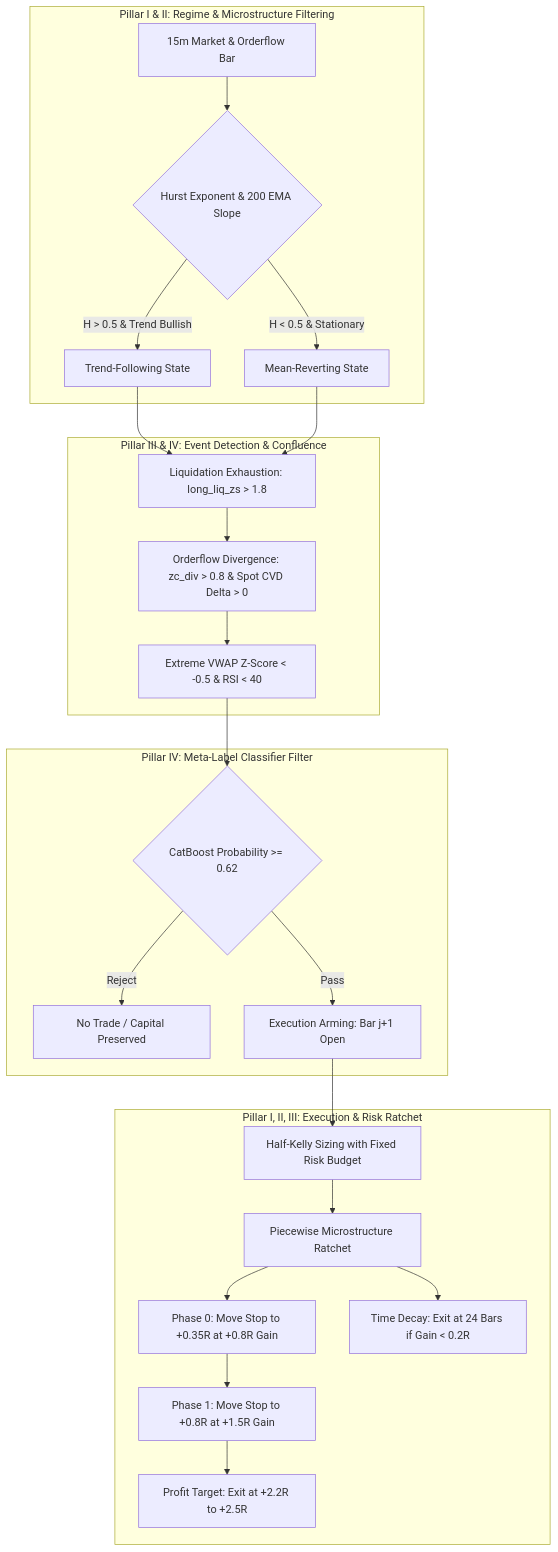
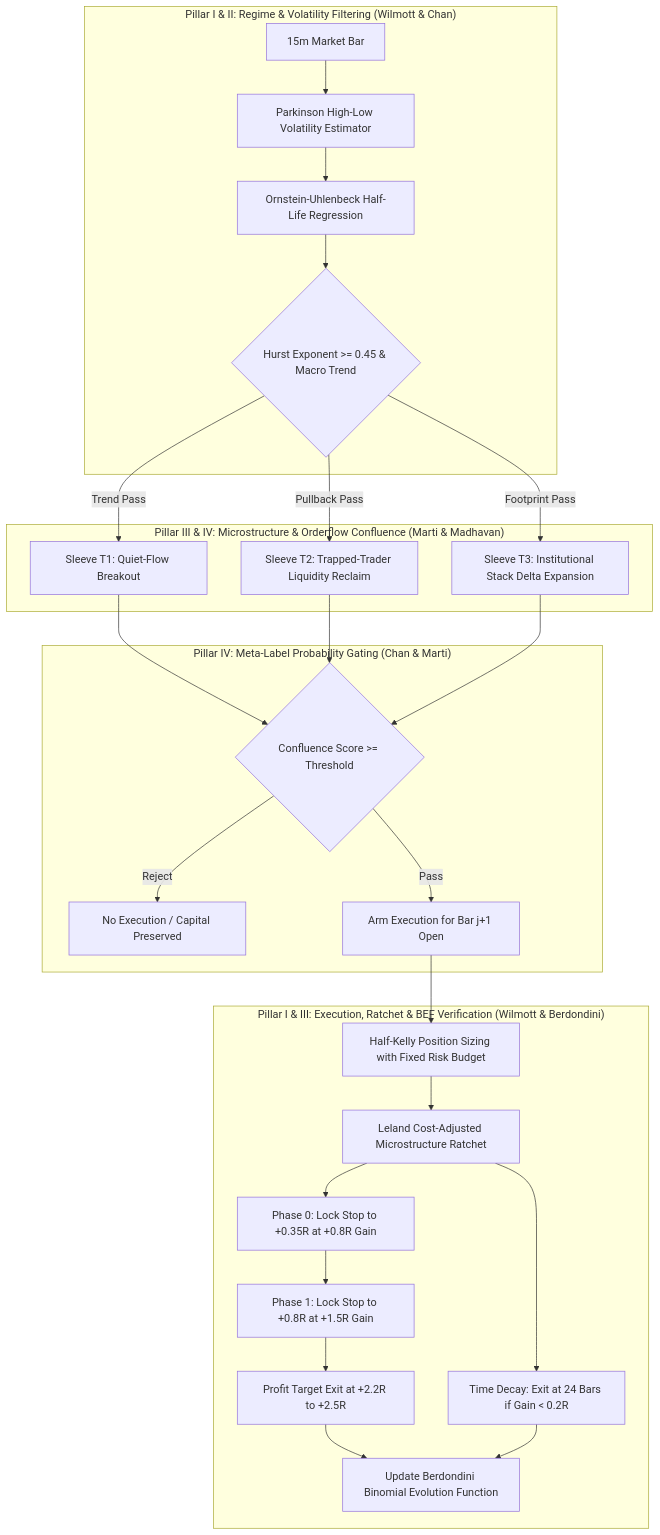
The diagram in Quant_Knowledge/QUANT_KNOWLEDGE_COMPREHENSIVE_SYNTHESIS.md (kbsingh1399/Trading), drawn with Mermaid before and after one commit. The commit also changed other lines of this file and 2 other files, not shown here.

Commit message:
feat(quant): integrate 116k liquidation cascade barrier study and win-rate curve into master prompt

````diff
--- a/Quant_Knowledge/QUANT_KNOWLEDGE_COMPREHENSIVE_SYNTHESIS.md
+++ b/Quant_Knowledge/QUANT_KNOWLEDGE_COMPREHENSIVE_SYNTHESIS.md
@@ -192,30 +450,33 @@
 ```mermaid
 flowchart TD
-    subgraph S1["Pillar I & II: Regime & Microstructure Filtering"]
-        A[15m Market & Orderflow Bar] --> B{Hurst Exponent & 200 EMA Slope}
-        B -->|H > 0.5 & Trend Bullish| C[Trend-Following State]
-        B -->|H < 0.5 & Stationary| D[Mean-Reverting State]
+    subgraph P1["Pillar I & II: Regime & Volatility Filtering (Wilmott & Chan)"]
+        A[15m Market Bar] --> B[Parkinson High-Low Volatility Estimator]
+        B --> C[Ornstein-Uhlenbeck Half-Life Regression]
+        C --> D{Hurst Exponent >= 0.45 & Macro Trend}
     end
-    
-    subgraph S2["Pillar III & IV: Event Detection & Confluence"]
-        C --> E[Liquidation Exhaustion: long_liq_zs > 1.8]
-        D --> E
-        E --> F[Orderflow Divergence: zc_div > 0.8 & Spot CVD Delta > 0]
-        F --> G[Extreme VWAP Z-Score < -0.5 & RSI < 40]
+
+    subgraph P2["Pillar III & IV: Microstructure & Orderflow Confluence (Marti & Madhavan)"]
+        D -->|Trend Pass| E[Sleeve T1: Quiet-Flow Breakout]
+        D -->|Pullback Pass| F[Sleeve T2: Trapped-Trader Liquidity Reclaim]
+        D -->|Footprint Pass| G[Sleeve T3: Institutional Stack Delta Expansion]
     end
-    
-    subgraph S3["Pillar IV: Meta-Label Classifier Filter"]
-        G --> H{CatBoost Probability >= 0.62}
-        H -->|Reject| I[No Trade / Capital Preserved]
-        H -->|Pass| J[Execution Arming: Bar j+1 Open]
+
+    subgraph P3["Pillar IV: Meta-Label Probability Gating (Chan & Marti)"]
+        E --> H{Confluence Score >= Threshold}
+        F --> H
+        G --> H
+        H -->|Reject| I[No Execution / Capital Preserved]
+        H -->|Pass| J[Arm Execution for Bar j+1 Open]
     end
-    
-    subgraph S4["Pillar I, II, III: Execution & Risk Ratchet"]
-        J --> K[Half-Kelly Sizing with Fixed Risk Budget]
-        K --> L[Piecewise Microstructure Ratchet]
-        L --> M[Phase 0: Move Stop to +0.35R at +0.8R Gain]
-        M --> N[Phase 1: Move Stop to +0.8R at +1.5R Gain]
-        N --> O[Profit Target: Exit at +2.2R to +2.5R]
+
+    subgraph P4["Pillar I & III: Execution, Ratchet & BEF Verification (Wilmott & Berdondini)"]
+        J --> K[Half-Kelly Position Sizing with Fixed Risk Budget]
+        K --> L[Leland Cost-Adjusted Microstructure Ratchet]
+        L --> M[Phase 0: Lock Stop to +0.35R at +0.8R Gain]
+        M --> N[Phase 1: Lock Stop to +0.8R at +1.5R Gain]
+        N --> O[Profit Target Exit at +2.2R to +2.5R]
         L --> P[Time Decay: Exit at 24 Bars if Gain < 0.2R]
+        O --> Q[Update Berdondini Binomial Evolution Function]
+        P --> Q
     end
 ```
````
